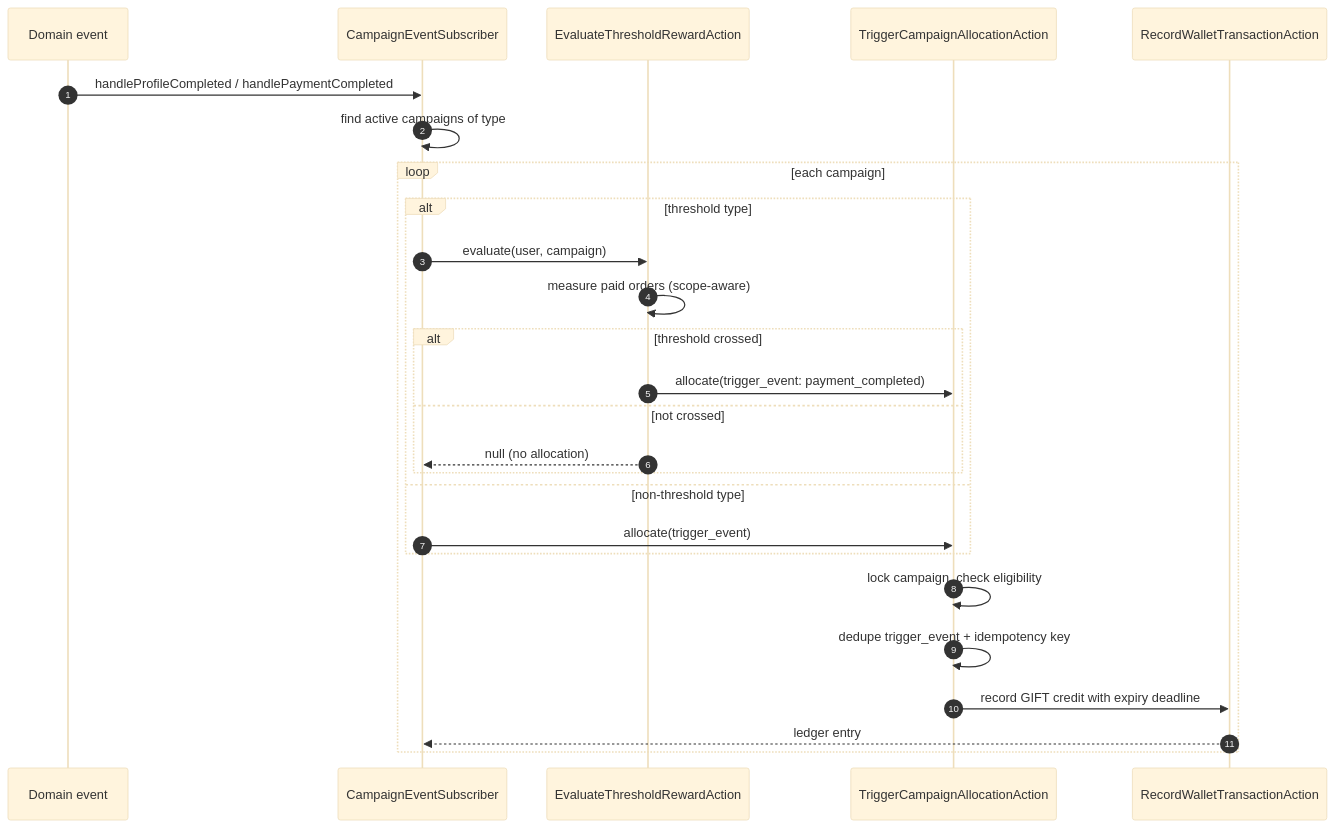
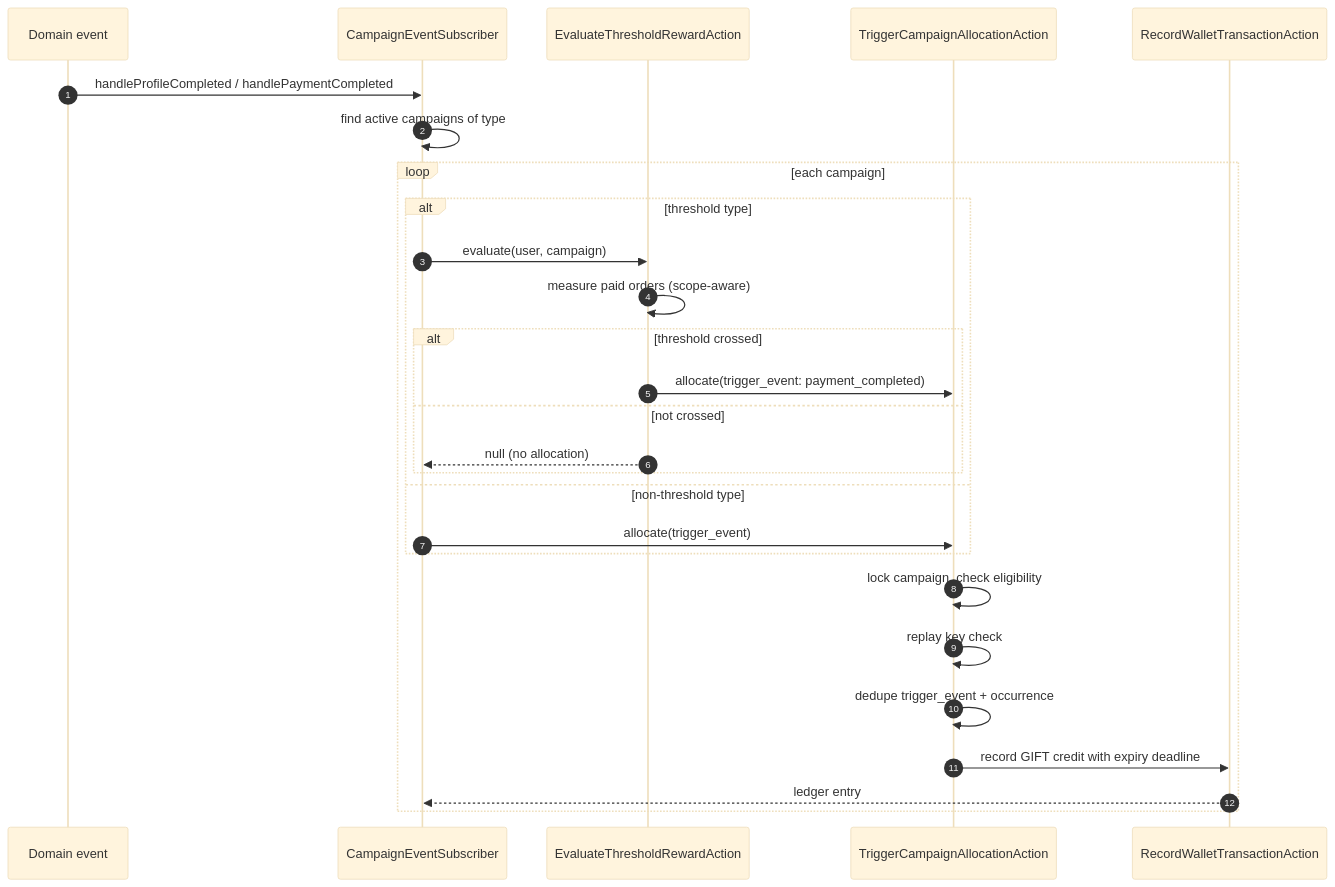
The second of 3 diagrams in docs/Architecture/Wallet-Campaign.md (SaeidSharafi/JeduApi), drawn with Mermaid (base theme) before and after one commit. The commit also changed other lines of this file and 41 other files, not shown here.

````diff
--- a/docs/Architecture/Wallet-Campaign.md
+++ b/docs/Architecture/Wallet-Campaign.md
@@ -56,29 +56,30 @@
 ```mermaid
 sequenceDiagram
     autonumber
     participant Evt as Domain event
     participant Sub as CampaignEventSubscriber
     participant Eval as EvaluateThresholdRewardAction
     participant Alloc as TriggerCampaignAllocationAction
     participant Ledger as RecordWalletTransactionAction
 
     Evt->>Sub: handleProfileCompleted / handlePaymentCompleted
     Sub->>Sub: find active campaigns of type
     loop each campaign
         alt threshold type
             Sub->>Eval: evaluate(user, campaign)
             Eval->>Eval: measure paid orders (scope-aware)
             alt threshold crossed
                 Eval->>Alloc: allocate(trigger_event: payment_completed)
             else not crossed
                 Eval-->>Sub: null (no allocation)
             end
         else non-threshold type
             Sub->>Alloc: allocate(trigger_event)
         end
         Alloc->>Alloc: lock campaign, check eligibility
-        Alloc->>Alloc: dedupe trigger_event + idempotency key
+        Alloc->>Alloc: replay key check
+        Alloc->>Alloc: dedupe trigger_event + occurrence
         Alloc->>Ledger: record GIFT credit with expiry deadline
         Ledger-->>Sub: ledger entry
     end
 ```
````
